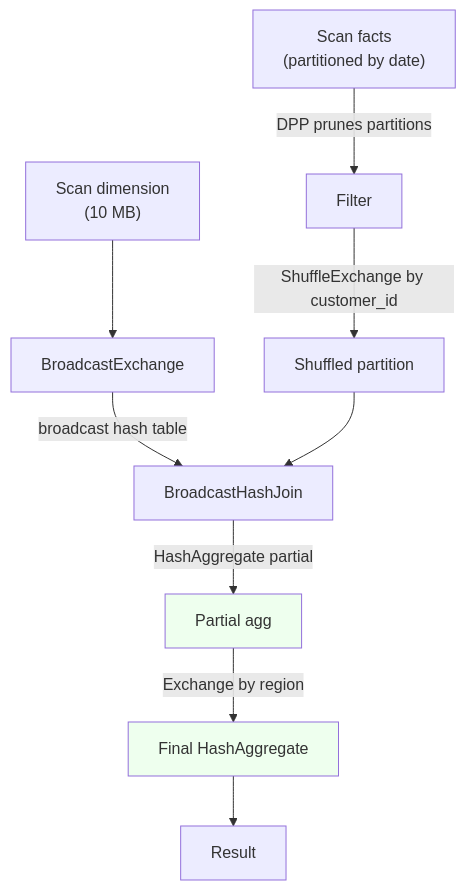
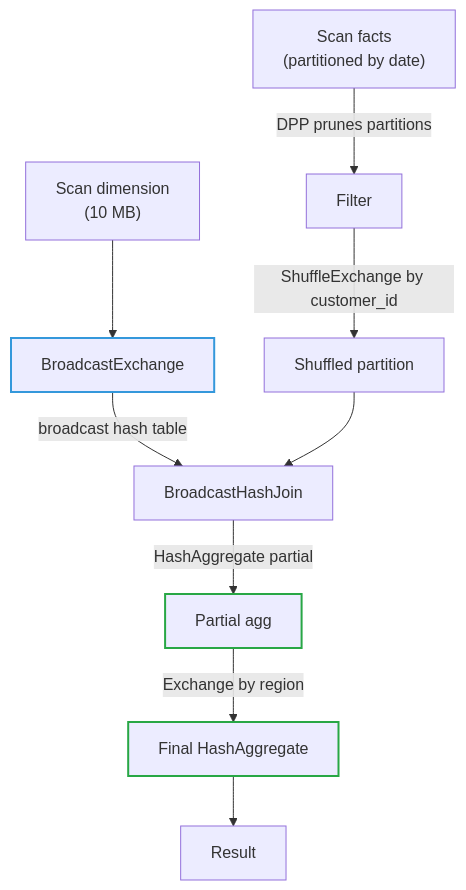
One commit to abhinnaagrawal/system-design-notes changed the diagram in Core Concepts/Spark Internals/05 - Physical Operators (Joins, Aggregations, Sorting & Windows).md. Above: the diagram before and after it, drawn with Mermaid. The commit also changed 62 other files, not shown here.

````diff
--- a/Core Concepts/Spark Internals/05 - Physical Operators (Joins, Aggregations, Sorting & Windows).md
+++ b/Core Concepts/Spark Internals/05 - Physical Operators (Joins, Aggregations, Sorting & Windows).md
@@ -183,15 +183,15 @@
 ```mermaid
 flowchart TB
     A["Scan facts<br/>(partitioned by date)"] -->|"DPP prunes partitions"| B["Filter"]
     C["Scan dimension<br/>(10 MB)"] --> D["BroadcastExchange"]
     B -->|"ShuffleExchange by customer_id"| E["Shuffled partition"]
     D -->|"broadcast hash table"| F["BroadcastHashJoin"]
     E --> F
     F -->|"HashAggregate partial"| G["Partial agg"]
     G -->|"Exchange by region"| H["Final HashAggregate"]
     H --> I["Result"]
 
-    style D fill:#eef
-    style G fill:#efe
-    style H fill:#efe
+    style D stroke:#3498db,stroke-width:2px
+    style G stroke:#28a745,stroke-width:2px
+    style H stroke:#28a745,stroke-width:2px
 ```
````
